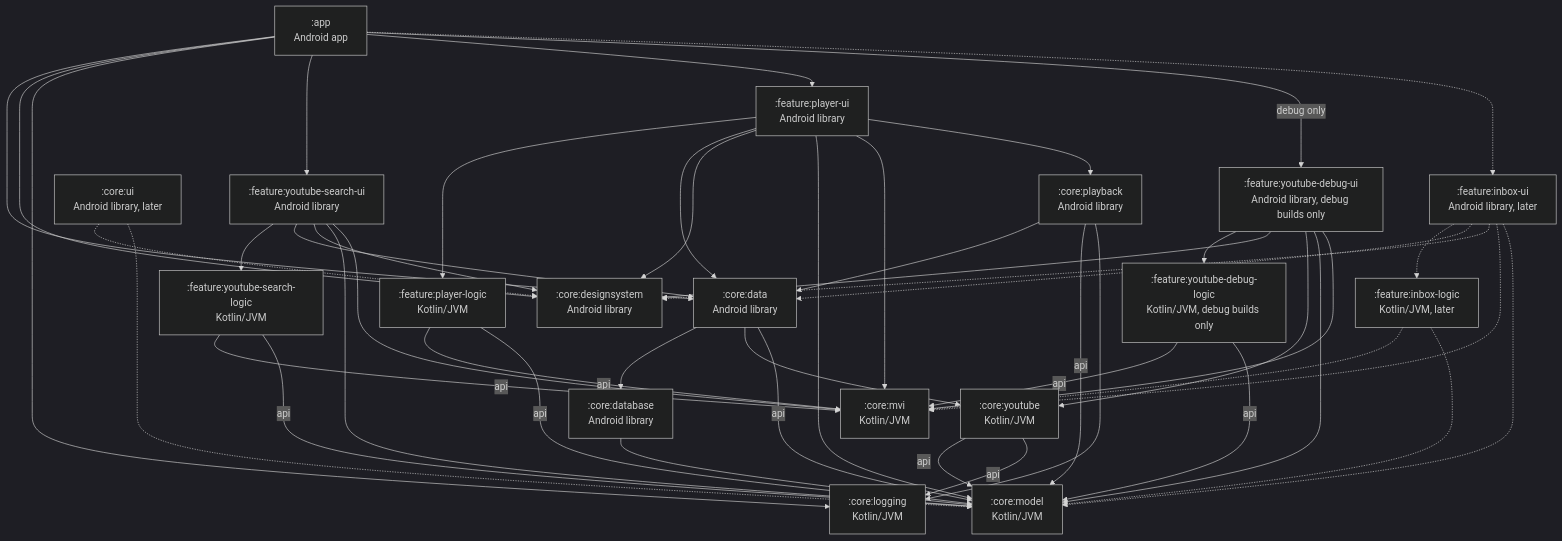
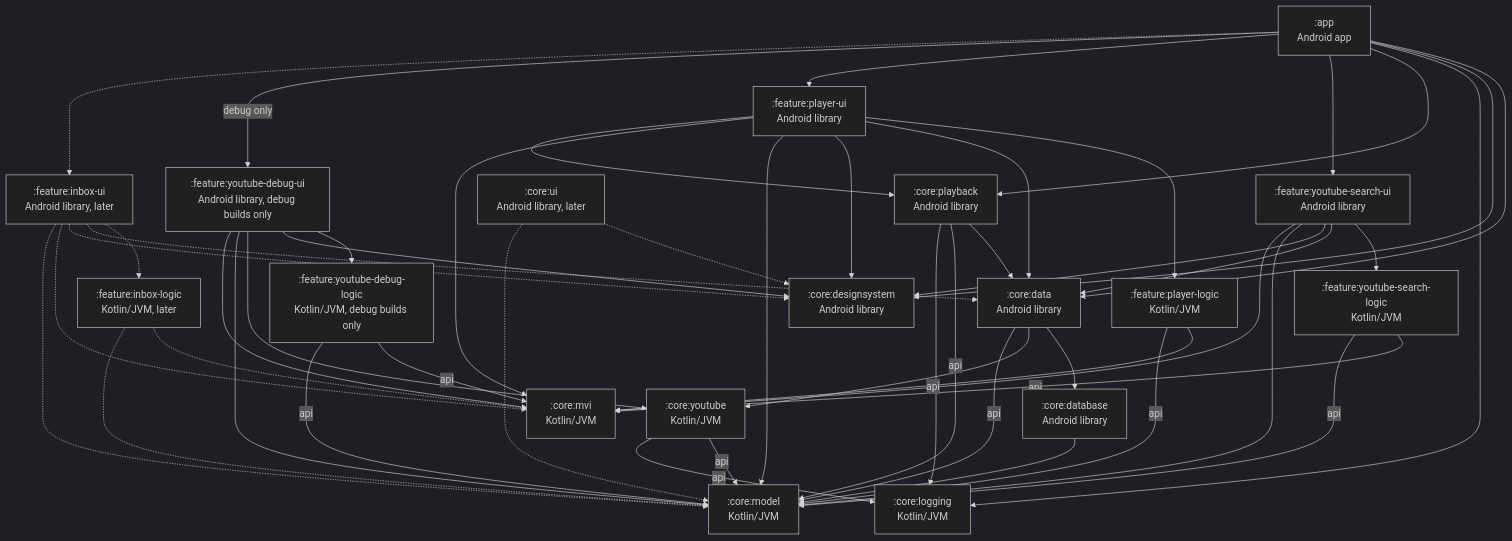
Before and after one commit to dewfallapp/dewfall: the first of 4 diagrams in docs/architecture.md, drawn with Mermaid (dark theme). The commit also changed other lines of this file and 4 other files, not shown here.

````diff
--- a/docs/architecture.md
+++ b/docs/architecture.md
@@ -16,70 +16,71 @@
 ```mermaid
 graph TD
     app[":app<br/>Android app"]
     data[":core:data<br/>Android library"]
     database[":core:database<br/>Android library"]
     designsystem[":core:designsystem<br/>Android library"]
     youtube[":core:youtube<br/>Kotlin/JVM"]
     logging[":core:logging<br/>Kotlin/JVM"]
     model[":core:model<br/>Kotlin/JVM"]
     mvi[":core:mvi<br/>Kotlin/JVM"]
     playback[":core:playback<br/>Android library"]
     searchUi[":feature:youtube-search-ui<br/>Android library"]
     searchLogic[":feature:youtube-search-logic<br/>Kotlin/JVM"]
     playerUi[":feature:player-ui<br/>Android library"]
     playerLogic[":feature:player-logic<br/>Kotlin/JVM"]
     debugUi[":feature:youtube-debug-ui<br/>Android library, debug builds only"]
     debugLogic[":feature:youtube-debug-logic<br/>Kotlin/JVM, debug builds only"]
     coreUi[":core:ui<br/>Android library, later"]
     inboxUi[":feature:inbox-ui<br/>Android library, later"]
     inboxLogic[":feature:inbox-logic<br/>Kotlin/JVM, later"]
 
     app --> data
     app --> designsystem
     app --> logging
+    app --> playback
     data --> database
     data --> youtube
     data -->|api| model
     database --> model
     youtube -->|api| model
     youtube -->|api| logging
     playback --> data
     playback -->|api| model
     playback --> logging
     app --> searchUi
     searchUi --> searchLogic
     searchUi --> data
     searchUi --> designsystem
     searchUi --> model
     searchUi --> mvi
     searchLogic -->|api| mvi
     searchLogic -->|api| model
     app --> playerUi
     playerUi --> playerLogic
     playerUi --> data
     playerUi --> designsystem
     playerUi --> model
     playerUi --> mvi
     playerUi --> playback
     playerLogic -->|api| mvi
     playerLogic -->|api| model
     app -->|debug only| debugUi
     debugUi --> debugLogic
     debugUi --> designsystem
     debugUi --> youtube
     debugUi --> model
     debugUi --> mvi
     debugLogic -->|api| mvi
     debugLogic -->|api| model
 
     app -.-> inboxUi
     inboxUi -.-> inboxLogic
     inboxUi -.-> data
     inboxUi -.-> designsystem
     inboxUi -.-> mvi
     inboxUi -.-> model
     inboxLogic -.-> mvi
     inboxLogic -.-> model
     coreUi -.-> designsystem
     coreUi -.-> model
 ```
````
